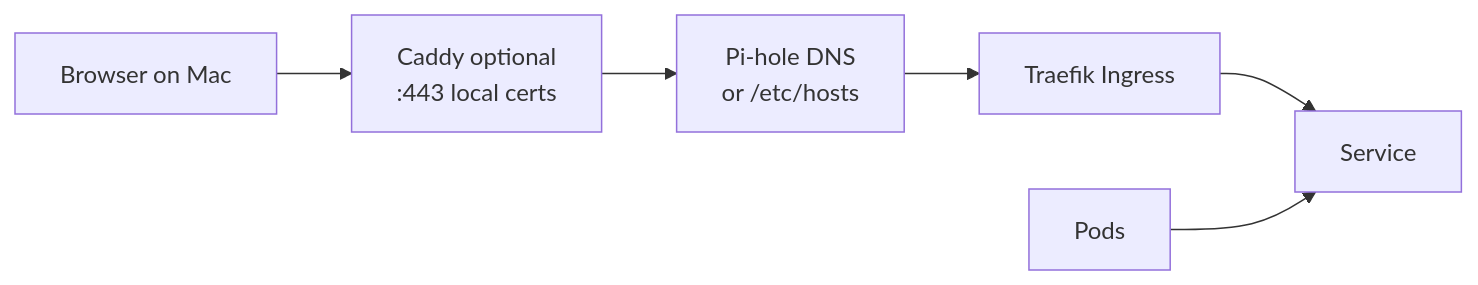
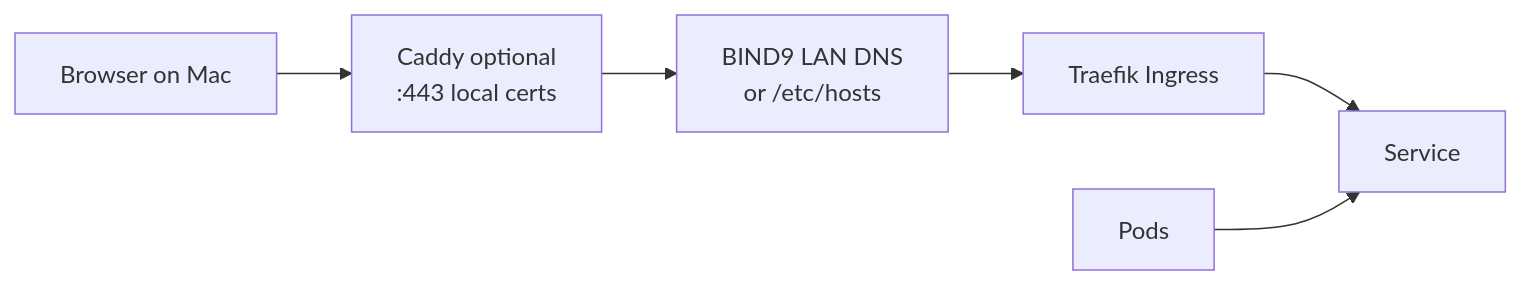
The diagram in docs/ONBOARDING_APP_ROUTING.md (raolivei/pi-fleet), drawn with Mermaid before and after one commit. The commit also changed other lines of this file and 46 other files, not shown here.

First line of the commit message:
feat: complete Pi-hole removal and BIND9 cutover (#232)

````diff
--- a/docs/ONBOARDING_APP_ROUTING.md
+++ b/docs/ONBOARDING_APP_ROUTING.md
@@ -13,15 +13,15 @@
 ```mermaid
 flowchart LR
   Browser["Browser on Mac"]
   Caddy["Caddy optional\n:443 local certs"]
-  DNS["Pi-hole DNS\nor /etc/hosts"]
+  DNS["BIND9 LAN DNS\nor /etc/hosts"]
   Traefik["Traefik Ingress"]
   Svc["Service"]
   Pod["Pods"]
 
   Browser --> Caddy
   Caddy --> DNS
   DNS --> Traefik
   Traefik --> Svc
   Pod --> Svc
 ```
````
